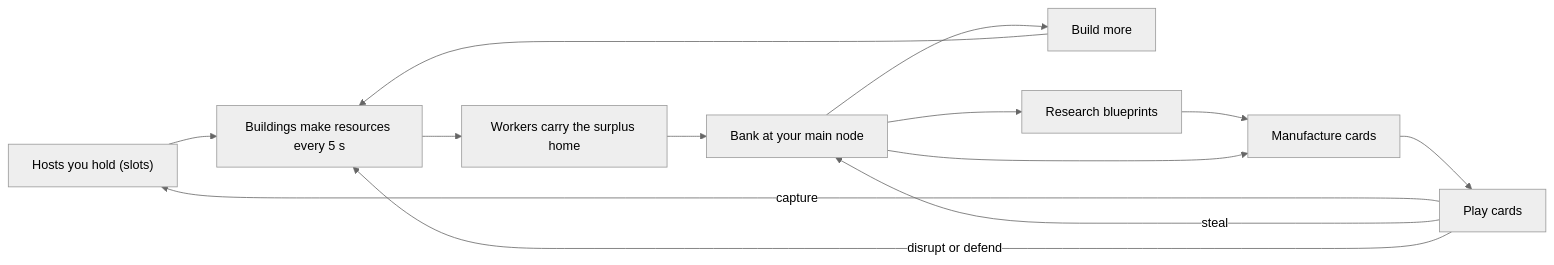
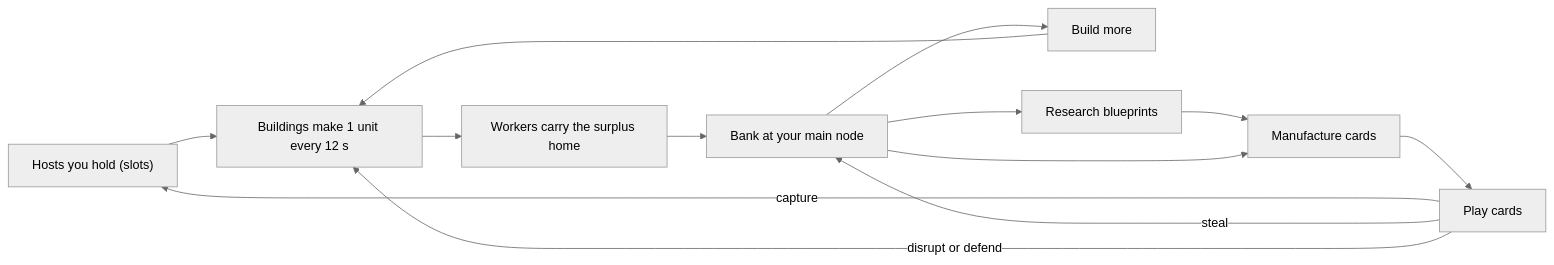
Before and after one commit to zzzteph/rim: the first of 2 diagrams in docs/DESIGN.md, drawn with Mermaid. The commit also changed other lines of this file and 26 other files, not shown here.

````diff
--- a/docs/DESIGN.md
+++ b/docs/DESIGN.md
@@ -44,16 +44,16 @@
 ```mermaid
 %%{init: {'theme':'neutral'}}%%
 flowchart LR
-  H["Hosts you hold (slots)"] --> B["Buildings make resources every 5 s"]
+  H["Hosts you hold (slots)"] --> B["Buildings make 1 unit every 12 s"]
   B --> C["Workers carry the surplus home"]
   C --> K["Bank at your main node"]
   K --> B2["Build more"]
   B2 --> B
   K --> R["Research blueprints"]
   R --> M["Manufacture cards"]
   K --> M
   M --> P["Play cards"]
   P -->|"capture"| H
   P -->|"steal"| K
   P -->|"disrupt or defend"| B
 ```
````
